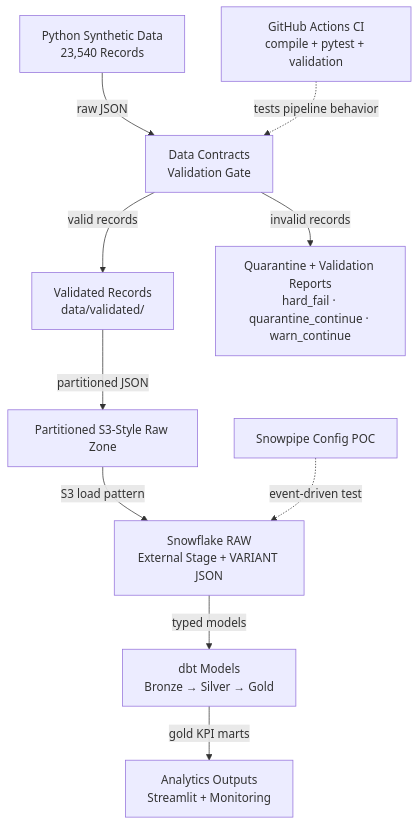
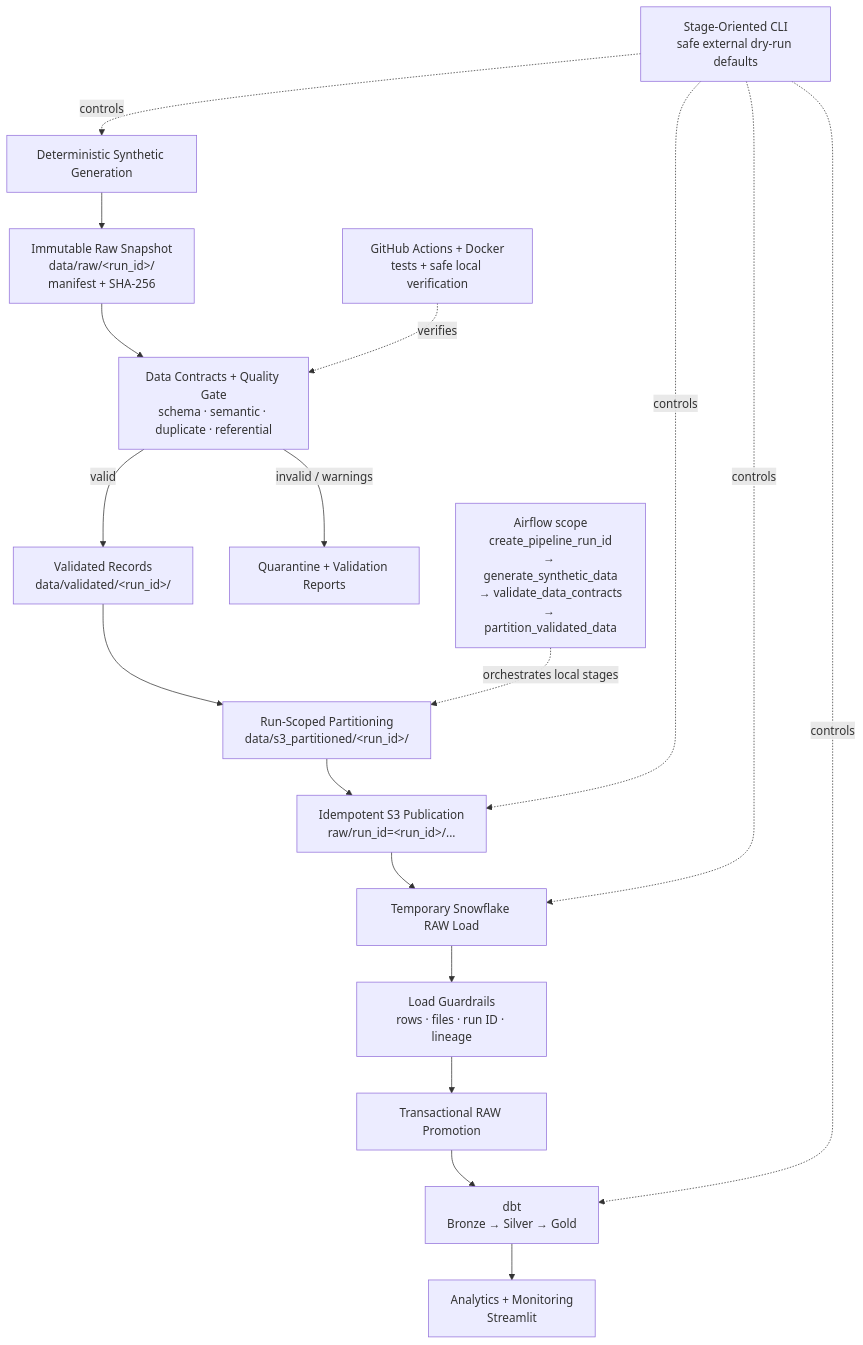
The diagram in README.md (samahmedQA/fraud-dispute-analytics-pipeline), drawn with Mermaid before and after one commit. The commit also changed other lines of this file, not shown here.

````diff
--- a/README.md
+++ b/README.md
@@ -81,24 +36,36 @@
 ```mermaid
 flowchart TD
-    A["Python Synthetic Data<br/>23,540 Records"]
-    B["Data Contracts<br/>Validation Gate"]
-    V["Validated Records<br/>data/validated/"]
-    C["Partitioned S3-Style Raw Zone"]
-    D["Snowflake RAW<br/>External Stage + VARIANT JSON"]
-    E["dbt Models<br/>Bronze → Silver → Gold"]
-    F["Analytics Outputs<br/>Streamlit + Monitoring"]
-    G["Quarantine + Validation Reports<br/>hard_fail · quarantine_continue · warn_continue"]
-    I["GitHub Actions CI<br/>compile + pytest + validation"]
-    J["Snowpipe Config POC"]
+    GEN["Deterministic Synthetic Generation"]
+    RAW["Immutable Raw Snapshot<br/>data/raw/&lt;run_id&gt;/<br/>manifest + SHA-256"]
+    DQ["Data Contracts + Quality Gate<br/>schema · semantic · duplicate · referential"]
+    VALID["Validated Records<br/>data/validated/&lt;run_id&gt;/"]
+    QUAR["Quarantine + Validation Reports"]
+    PART["Run-Scoped Partitioning<br/>data/s3_partitioned/&lt;run_id&gt;/"]
+    S3["Idempotent S3 Publication<br/>raw/run_id=&lt;run_id&gt;/..."]
+    TMP["Temporary Snowflake RAW Load"]
+    GUARD["Load Guardrails<br/>rows · files · run ID · lineage"]
+    RAWDB["Transactional RAW Promotion"]
+    DBT["dbt<br/>Bronze → Silver → Gold"]
+    OUT["Analytics + Monitoring<br/>Streamlit"]
 
-    A -->|"raw JSON"| B
-    B -->|"valid records"| V
-    B -->|"invalid records"| G
-    V -->|"partitioned JSON"| C
-    C -->|"S3 load pattern"| D
-    D -->|"typed models"| E
-    E -->|"gold KPI marts"| F
+    GEN --> RAW
+    RAW --> DQ
+    DQ -->|valid| VALID
+    DQ -->|invalid / warnings| QUAR
+    VALID --> PART
+    PART --> S3
+    S3 --> TMP
+    TMP --> GUARD
+    GUARD --> RAWDB
+    RAWDB --> DBT
+    DBT --> OUT
 
-    I -. "tests pipeline behavior" .-> B
-    J -. "event-driven test" .-> D
+    CLI["Stage-Oriented CLI<br/>safe external dry-run defaults"] -. controls .-> GEN
+    CLI -. controls .-> S3
+    CLI -. controls .-> TMP
+    CLI -. controls .-> DBT
+
+    AF["Airflow scope<br/>create_pipeline_run_id<br/>→ generate_synthetic_data<br/>→ validate_data_contracts<br/>→ partition_validated_data"] -. orchestrates local stages .-> PART
+
+    CI["GitHub Actions + Docker<br/>tests + safe local verification"] -. verifies .-> DQ
 ```
````
